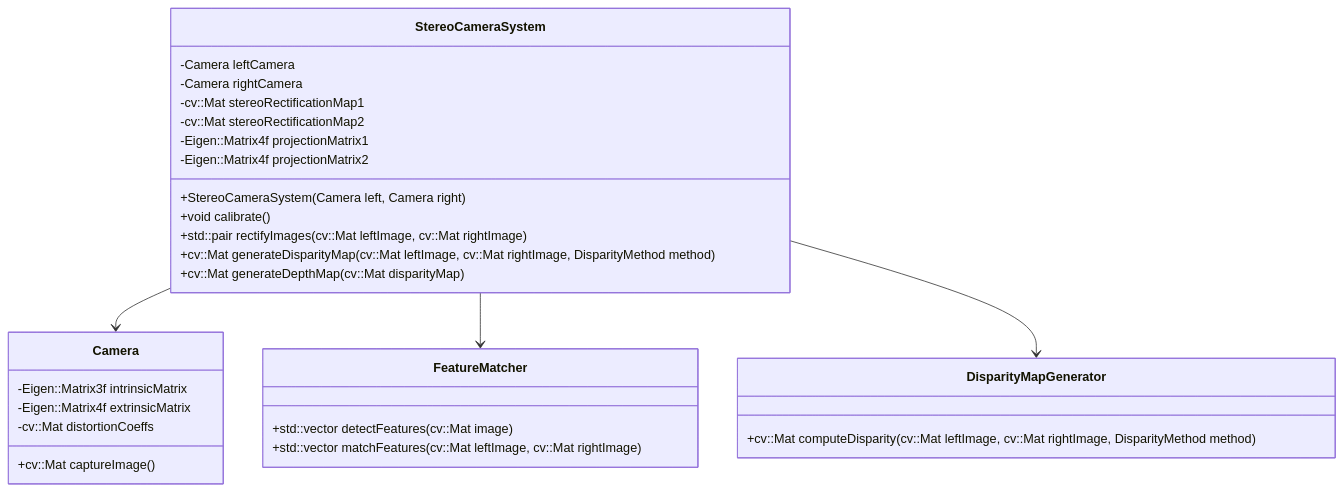
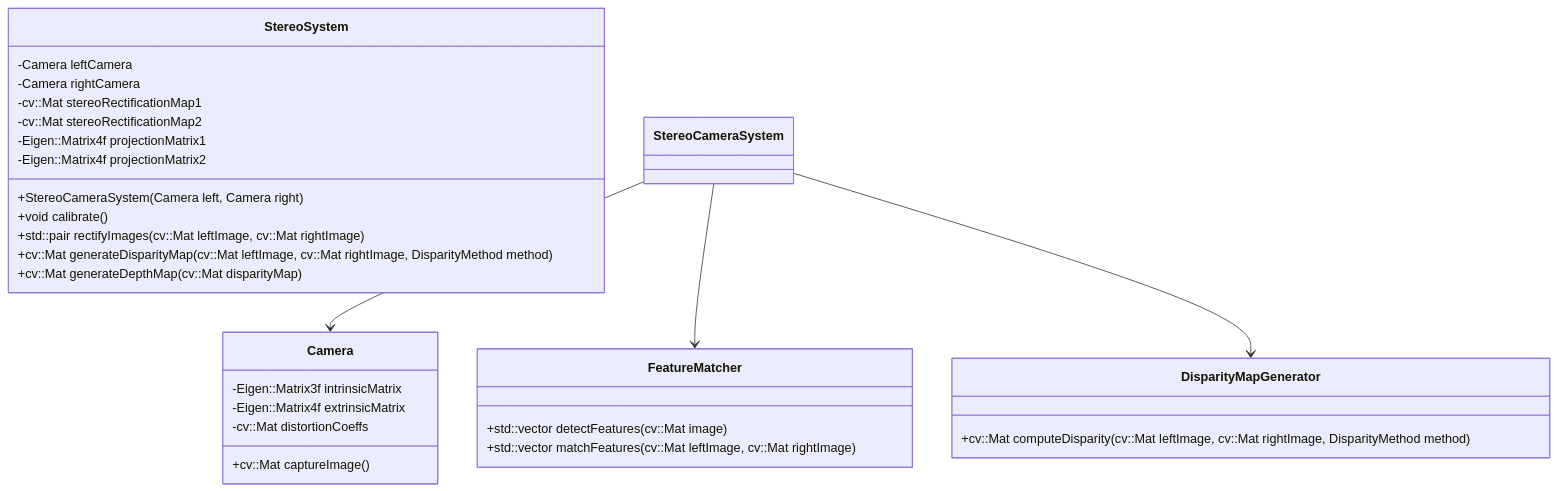
The diagram in README.md (Blattvorhang/Stereo-Camera-and-3D-Point-Cloud), drawn with Mermaid before and after one commit. The commit also changed 8 other files, not shown here.

````diff
--- a/README.md
+++ b/README.md
@@ -59,36 +59,36 @@
 ```mermaid
 classDiagram
     class Camera {
         -Eigen::Matrix3f intrinsicMatrix
         -Eigen::Matrix4f extrinsicMatrix
         -cv::Mat distortionCoeffs
         +cv::Mat captureImage()
     }
 
-    class StereoCameraSystem {
+    class StereoSystem {
         -Camera leftCamera
         -Camera rightCamera
         -cv::Mat stereoRectificationMap1
         -cv::Mat stereoRectificationMap2
         -Eigen::Matrix4f projectionMatrix1
         -Eigen::Matrix4f projectionMatrix2
         +StereoCameraSystem(Camera left, Camera right)
         +void calibrate()
         +std::pair<cv::Mat, cv::Mat> rectifyImages(cv::Mat leftImage, cv::Mat rightImage)
         +cv::Mat generateDisparityMap(cv::Mat leftImage, cv::Mat rightImage, DisparityMethod method)
         +cv::Mat generateDepthMap(cv::Mat disparityMap)
     }
 
     class FeatureMatcher {
         +std::vector<cv::KeyPoint> detectFeatures(cv::Mat image)
         +std::vector<cv::DMatch> matchFeatures(cv::Mat leftImage, cv::Mat rightImage)
     }
 
     class DisparityMapGenerator {
         +cv::Mat computeDisparity(cv::Mat leftImage, cv::Mat rightImage, DisparityMethod method)
     }
 
     StereoCameraSystem --> Camera
     StereoCameraSystem --> FeatureMatcher
     StereoCameraSystem --> DisparityMapGenerator
 ```
````
